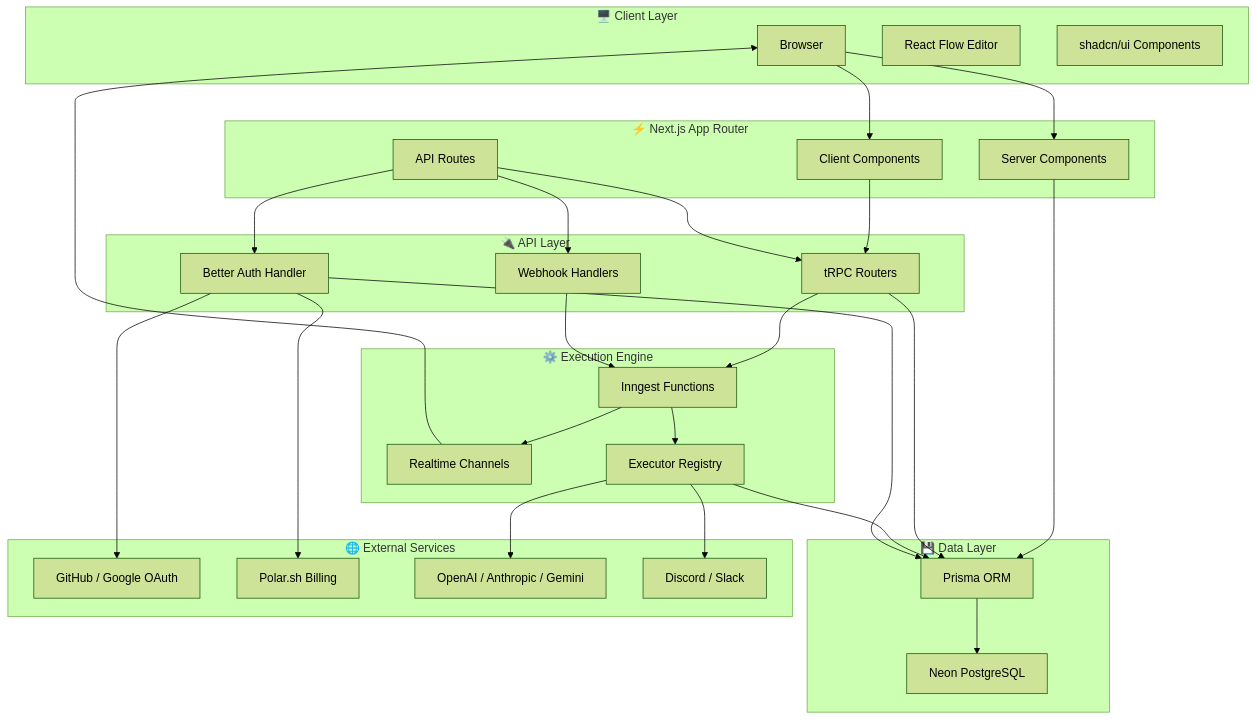
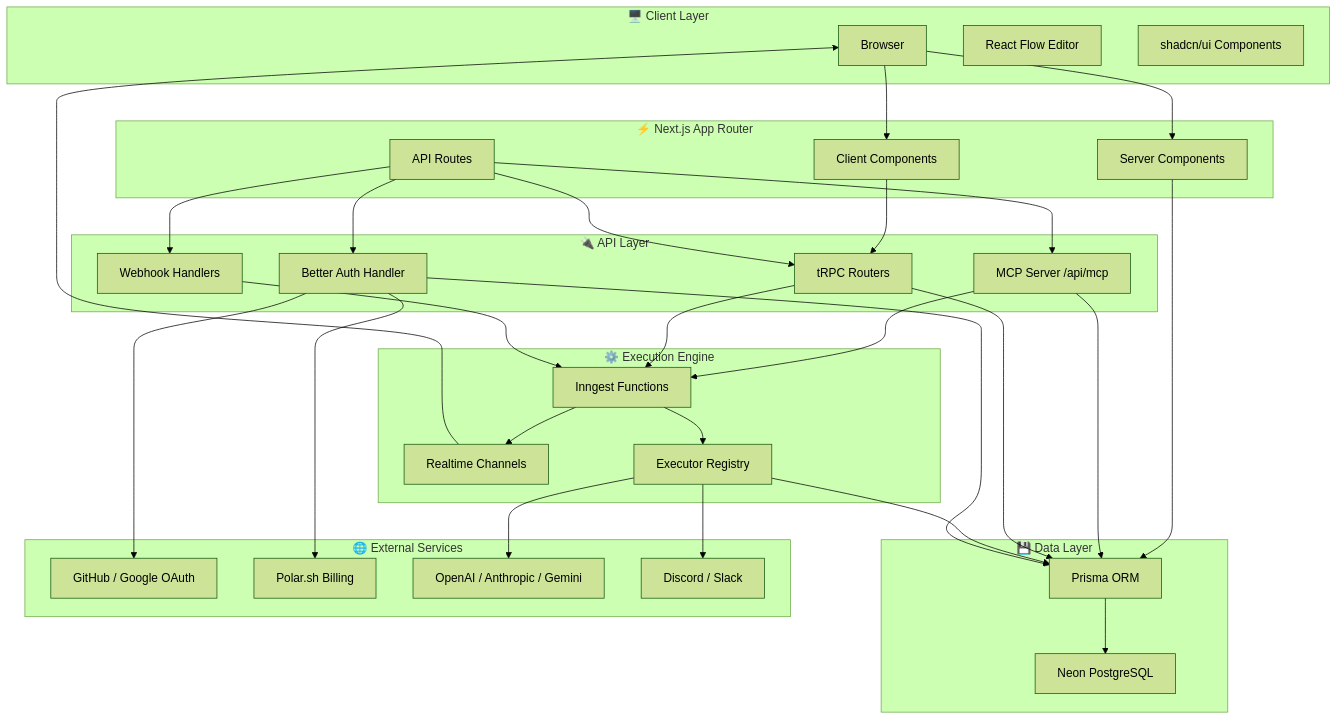
The first of 9 diagrams in docs/ARCHITECTURE.md (aditya-deokar/a8n), drawn with Mermaid (forest theme) before and after one commit. The commit also changed other lines of this file and 18 other files, not shown here.

Commit message:
docs: expand MCP documentation with architecture, security, and protocol details, including new sections on tools, resources, and prompts for AI client integration

````diff
--- a/docs/ARCHITECTURE.md
+++ b/docs/ARCHITECTURE.md
@@ -25,59 +25,63 @@
 ```mermaid
 graph TB
     subgraph Client["🖥️ Client Layer"]
         Browser["Browser"]
         ReactFlow["React Flow Editor"]
         ShadcnUI["shadcn/ui Components"]
     end
 
     subgraph NextJS["⚡ Next.js App Router"]
         RSC["Server Components"]
         RCC["Client Components"]
         API["API Routes"]
     end
 
     subgraph APILayer["🔌 API Layer"]
         tRPC["tRPC Routers"]
+        MCP["MCP Server /api/mcp"]
         AuthAPI["Better Auth Handler"]
         WebhookAPI["Webhook Handlers"]
     end
 
     subgraph Engine["⚙️ Execution Engine"]
         Inngest["Inngest Functions"]
         Channels["Realtime Channels"]
         Executor["Executor Registry"]
     end
 
     subgraph Data["💾 Data Layer"]
         Prisma["Prisma ORM"]
         Neon["Neon PostgreSQL"]
     end
 
     subgraph External["🌐 External Services"]
         OAuth["GitHub / Google OAuth"]
         Polar["Polar.sh Billing"]
         AIAPIs["OpenAI / Anthropic / Gemini"]
         Integrations["Discord / Slack"]
     end
 
     Browser --> RSC
     Browser --> RCC
     RCC --> tRPC
     RSC --> Prisma
     API --> AuthAPI
     API --> tRPC
+    API --> MCP
     API --> WebhookAPI
+    MCP --> Prisma
+    MCP --> Inngest
     tRPC --> Prisma
     tRPC --> Inngest
     WebhookAPI --> Inngest
     Inngest --> Executor
     Executor --> Prisma
     Executor --> AIAPIs
     Executor --> Integrations
     Inngest --> Channels
     Channels --> Browser
     Prisma --> Neon
     AuthAPI --> OAuth
     AuthAPI --> Polar
     AuthAPI --> Prisma
 ```
````
